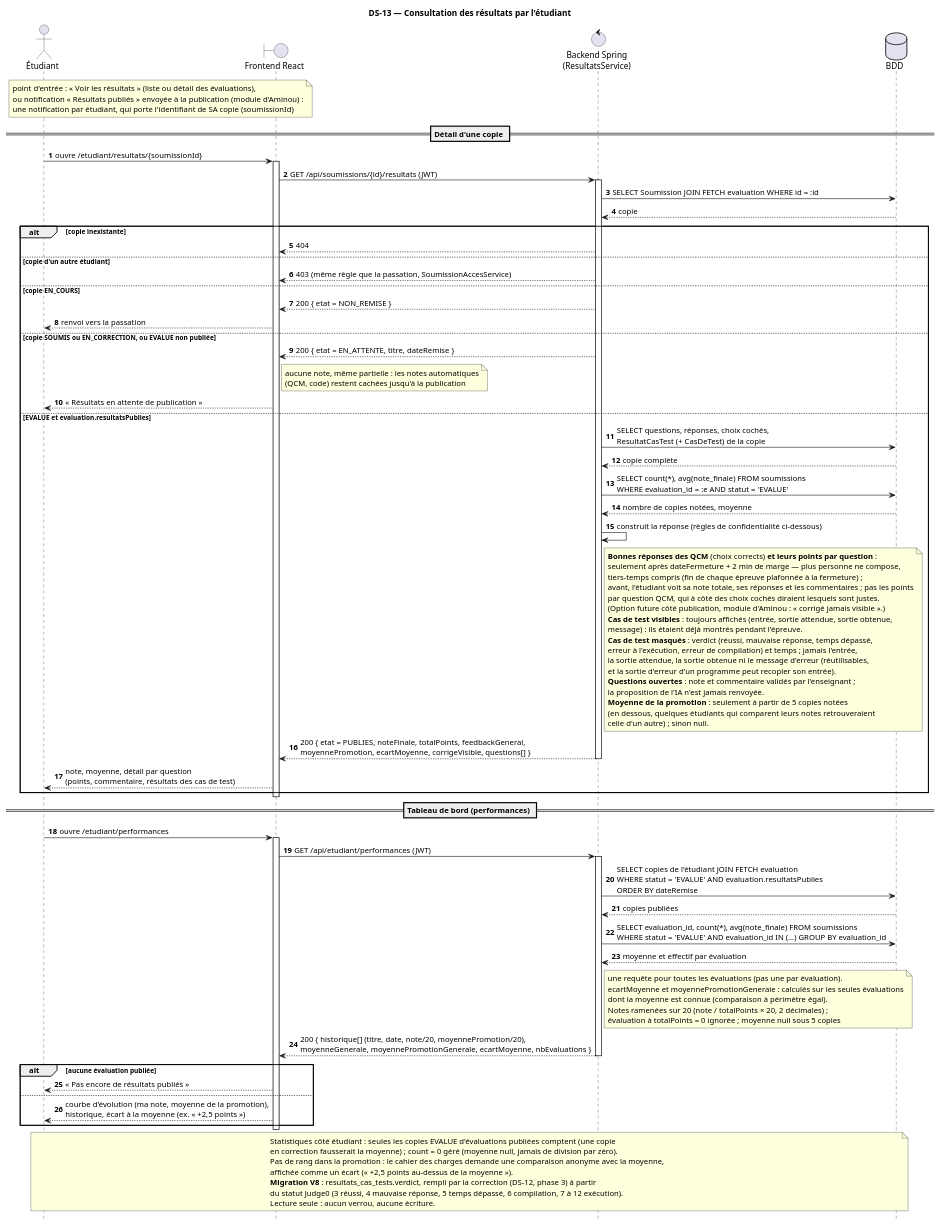
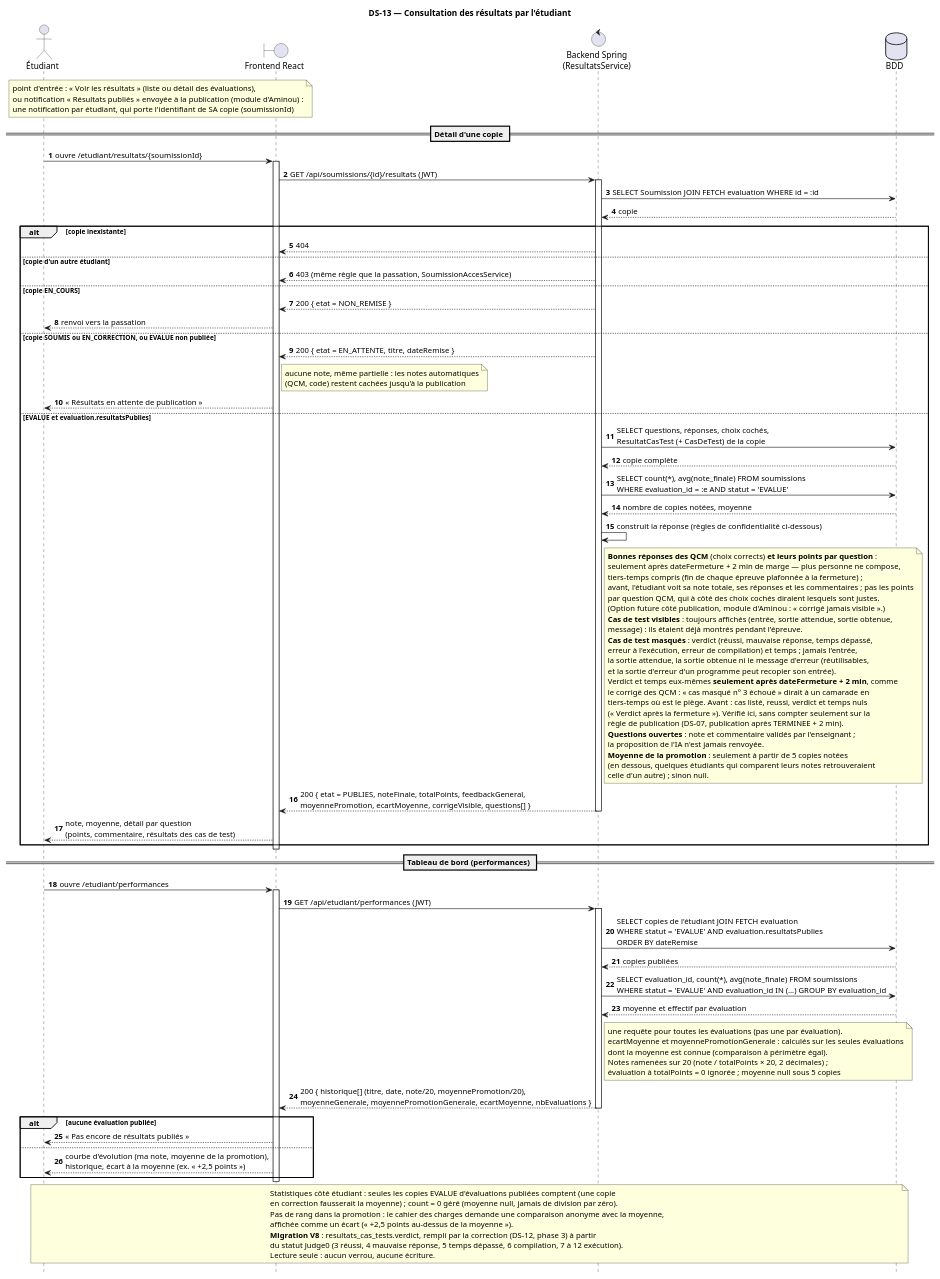
The diagram in docs/diagrammes-sequence/DS-13-consultation-resultats.puml (MorLeye75/eval-platform), drawn with PlantUML before and after one commit.

Commit message:
docs(ds-13): verdicts des cas masques apres la fermeture + 2 min

```diff
--- a/docs/diagrammes-sequence/DS-13-consultation-resultats.puml
+++ b/docs/diagrammes-sequence/DS-13-consultation-resultats.puml
@@ -1,85 +1,90 @@
 @startuml DS-13_consultation_resultats
 title DS-13 — Consultation des résultats par l'étudiant
 hide footbox
 autonumber
 actor "Étudiant" as E
 boundary "Frontend React" as F
 control "Backend Spring\n(ResultatsService)" as B
 database "BDD" as D
 
 note over E, F : point d'entrée : « Voir les résultats » (liste ou détail des évaluations),\nou notification « Résultats publiés » envoyée à la publication (module d'Aminou) :\nune notification par étudiant, qui porte l'identifiant de SA copie (soumissionId)
 
 == Détail d'une copie ==
 E -> F : ouvre /etudiant/resultats/{soumissionId}
 activate F
 F -> B ++ : GET /api/soumissions/{id}/resultats (JWT)
 B -> D : SELECT Soumission JOIN FETCH evaluation WHERE id = :id
 D --> B : copie
 alt copie inexistante
   B --> F : 404
 else copie d'un autre étudiant
   B --> F : 403 (même règle que la passation, SoumissionAccesService)
 else copie EN_COURS
   B --> F : 200 { etat = NON_REMISE }
   F --> E : renvoi vers la passation
 else copie SOUMIS ou EN_CORRECTION, ou EVALUE non publiée
   B --> F : 200 { etat = EN_ATTENTE, titre, dateRemise }
   note right of F : aucune note, même partielle : les notes automatiques\n(QCM, code) restent cachées jusqu'à la publication
   F --> E : « Résultats en attente de publication »
 else EVALUE et evaluation.resultatsPublies
   B -> D : SELECT questions, réponses, choix cochés,\nResultatCasTest (+ CasDeTest) de la copie
   D --> B : copie complète
   B -> D : SELECT count(*), avg(note_finale) FROM soumissions\nWHERE evaluation_id = :e AND statut = 'EVALUE'
   D --> B : nombre de copies notées, moyenne
   B -> B : construit la réponse (règles de confidentialité ci-dessous)
   note right of B
     **Bonnes réponses des QCM** (choix corrects) **et leurs points par question** :
     seulement après dateFermeture + 2 min de marge — plus personne ne compose,
     tiers-temps compris (fin de chaque épreuve plafonnée à la fermeture) ;
     avant, l'étudiant voit sa note totale, ses réponses et les commentaires ; pas les points
     par question QCM, qui à côté des choix cochés diraient lesquels sont justes.
     (Option future côté publication, module d'Aminou : « corrigé jamais visible ».)
     **Cas de test visibles** : toujours affichés (entrée, sortie attendue, sortie obtenue,
     message) : ils étaient déjà montrés pendant l'épreuve.
     **Cas de test masqués** : verdict (réussi, mauvaise réponse, temps dépassé,
     erreur à l'exécution, erreur de compilation) et temps ; jamais l'entrée,
     la sortie attendue, la sortie obtenue ni le message d'erreur (réutilisables,
     et la sortie d'erreur d'un programme peut recopier son entrée).
+    Verdict et temps eux-mêmes **seulement après dateFermeture + 2 min**, comme
+    le corrigé des QCM : « cas masqué n° 3 échoué » dirait à un camarade en
+    tiers-temps où est le piège. Avant : cas listé, reussi, verdict et temps nuls
+    (« Verdict après la fermeture »). Vérifié ici, sans compter seulement sur la
+    règle de publication (DS-07, publication après TERMINEE + 2 min).
     **Questions ouvertes** : note et commentaire validés par l'enseignant ;
     la proposition de l'IA n'est jamais renvoyée.
     **Moyenne de la promotion** : seulement à partir de 5 copies notées
     (en dessous, quelques étudiants qui comparent leurs notes retrouveraient
     celle d'un autre) ; sinon null.
   end note
   B --> F -- : 200 { etat = PUBLIES, noteFinale, totalPoints, feedbackGeneral,\nmoyennePromotion, ecartMoyenne, corrigeVisible, questions[] }
   F --> E : note, moyenne, détail par question\n(points, commentaire, résultats des cas de test)
 end
 deactivate F
 
 == Tableau de bord (performances) ==
 E -> F : ouvre /etudiant/performances
 activate F
 F -> B ++ : GET /api/etudiant/performances (JWT)
 B -> D : SELECT copies de l'étudiant JOIN FETCH evaluation\nWHERE statut = 'EVALUE' AND evaluation.resultatsPublies\nORDER BY dateRemise
 D --> B : copies publiées
 B -> D : SELECT evaluation_id, count(*), avg(note_finale) FROM soumissions\nWHERE statut = 'EVALUE' AND evaluation_id IN (…) GROUP BY evaluation_id
 D --> B : moyenne et effectif par évaluation
 note right of B : une requête pour toutes les évaluations (pas une par évaluation).\necartMoyenne et moyennePromotionGenerale : calculés sur les seules évaluations\ndont la moyenne est connue (comparaison à périmètre égal).\nNotes ramenées sur 20 (note / totalPoints × 20, 2 décimales) ;\névaluation à totalPoints = 0 ignorée ; moyenne null sous 5 copies
 B --> F -- : 200 { historique[] (titre, date, note/20, moyennePromotion/20),\nmoyenneGenerale, moyennePromotionGenerale, ecartMoyenne, nbEvaluations }
 alt aucune évaluation publiée
   F --> E : « Pas encore de résultats publiés »
 else
   F --> E : courbe d'évolution (ma note, moyenne de la promotion),\nhistorique, écart à la moyenne (ex. « +2,5 points »)
 end
 deactivate F
 
 note over E, D
   Statistiques côté étudiant : seules les copies EVALUE d'évaluations publiées comptent (une copie
   en correction fausserait la moyenne) ; count = 0 géré (moyenne null, jamais de division par zéro).
   Pas de rang dans la promotion : le cahier des charges demande une comparaison anonyme avec la moyenne,
   affichée comme un écart (« +2,5 points au-dessus de la moyenne »).
   **Migration V8** : resultats_cas_tests.verdict, rempli par la correction (DS-12, phase 3) à partir
   du statut Judge0 (3 réussi, 4 mauvaise réponse, 5 temps dépassé, 6 compilation, 7 à 12 exécution).
   Lecture seule : aucun verrou, aucune écriture.
 end note
 @enduml
```
